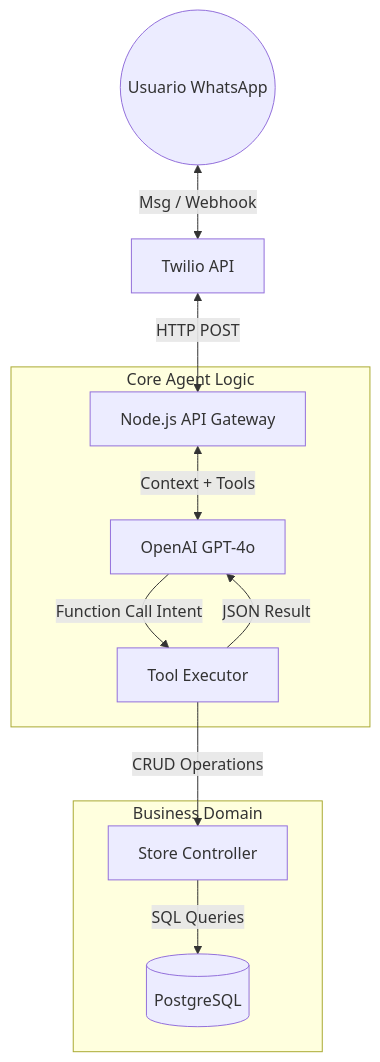
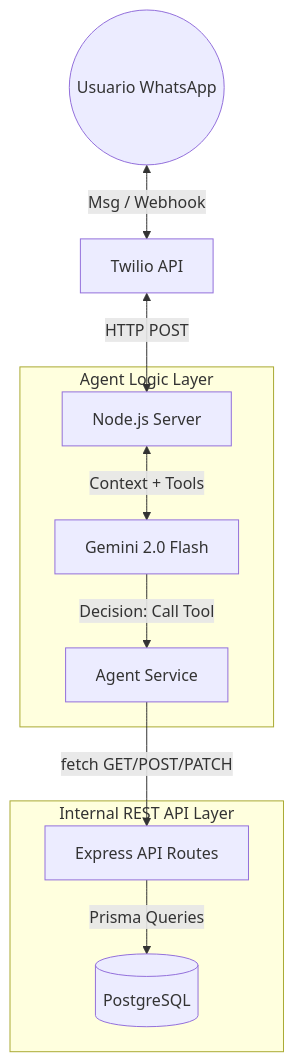
One commit to AFacundoOrtiz/laburen-ai-agent changed the first of 2 diagrams in docs/CONCEPTUAL_DESIGN.md. Above: the diagram before and after it, drawn with Mermaid. The commit also changed other lines of this file, not shown here.

````diff
--- a/docs/CONCEPTUAL_DESIGN.md
+++ b/docs/CONCEPTUAL_DESIGN.md
@@ -16,16 +17,15 @@
 ```mermaid
 graph TD
     User((Usuario WhatsApp)) <-->|Msg / Webhook| Gateway[Twilio API]
-    Gateway <-->|HTTP POST| Server[Node.js API Gateway]
+    Gateway <-->|HTTP POST| Server[Node.js Server]
     
-    subgraph "Core Agent Logic"
-        Server <-->|Context + Tools| LLM[OpenAI GPT-4o]
-        LLM -->|Function Call Intent| ToolHandler[Tool Executor]
-        ToolHandler -->|JSON Result| LLM
+    subgraph "Agent Logic Layer"
+        Server <-->|Context + Tools| AI[Gemini 2.0 Flash]
+        AI -->|Decision: Call Tool| Service[Agent Service]
     end
     
-    subgraph "Business Domain"
-        ToolHandler -->|CRUD Operations| StoreAPI[Store Controller]
-        StoreAPI -->|SQL Queries| DB[(PostgreSQL)]
+    subgraph "Internal REST API Layer"
+        Service -->|fetch GET/POST/PATCH| API[Express API Routes]
+        API -->|Prisma Queries| DB[(PostgreSQL)]
     end
 ```
````
